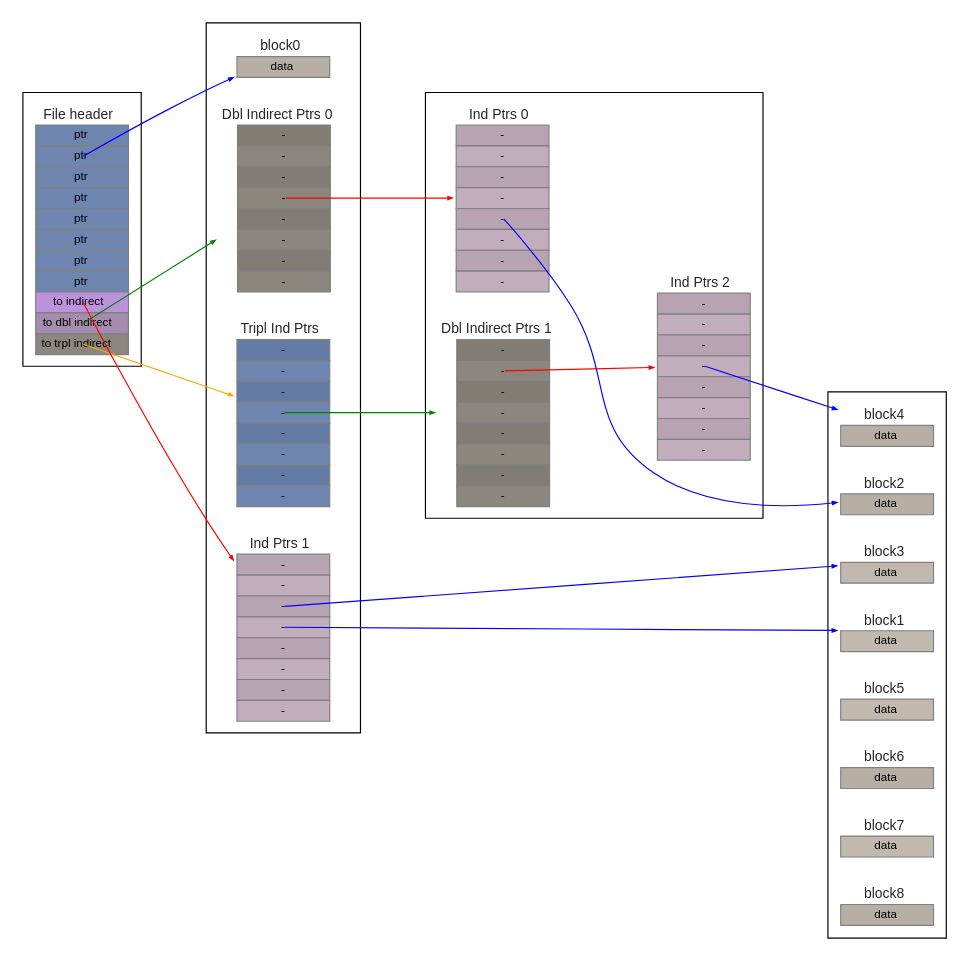
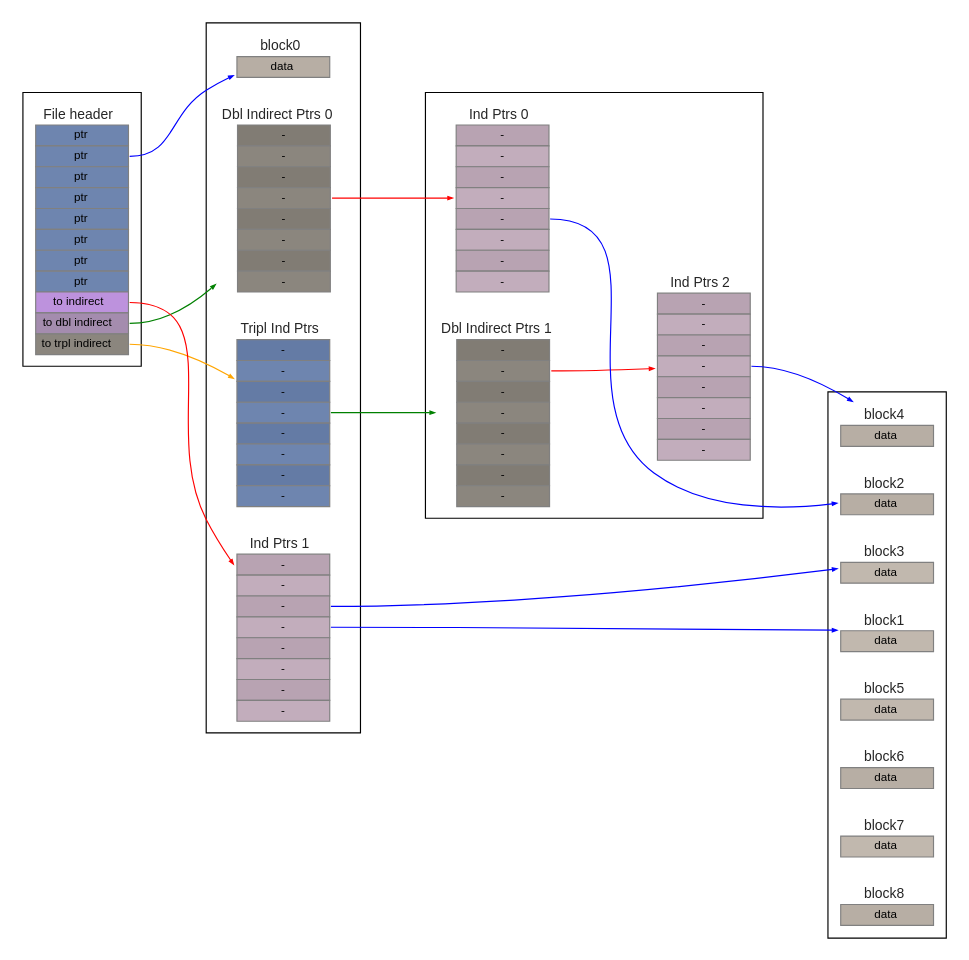
The diagram in memsim/memsim/diag/diagsample5.gv (pitosalas/public-131-samples), drawn with Graphviz before and after one commit. The commit also changed 3 other files, not shown here.

```diff
--- a/memsim/memsim/diag/diagsample5.gv
+++ b/memsim/memsim/diag/diagsample5.gv
@@ -2,17 +2,17 @@
 	graph [fontname=Helvetica rankdir=LR ranksep=1.0]
 	node [fontname=Helvetica fontsize=8 margin="0.04 0.04" shape=none width=0.4]
 	edge [arrowsize=0.4]
-	top:9:c -> dbox0 [color=green headclip=true tailclip=false]
-	top:10:c -> tbox0 [color=orange headclip=true tailclip=false]
-	dbox1:1:c -> ibox2 [color=red headclip=true tailclip=false]
-	tbox0:3:c -> dbox1 [color=green headclip=true tailclip=false]
-	top:8:c -> ibox1 [color=red headclip=true tailclip=false]
-	ibox0:4:c -> tiny2 [color=blue headclip=true tailclip=false]
-	ibox1:3:c -> tiny1 [color=blue headclip=true tailclip=false]
-	ibox1:2:c -> tiny3 [color=blue headclip=true tailclip=false]
-	ibox2:3:c -> tiny4 [color=blue headclip=true tailclip=false]
-	top:1:c -> tiny0 [color=blue headclip=true tailclip=false]
-	dbox0:3:c -> ibox0 [color=red headclip=true tailclip=false]
+	top:9 -> dbox0 [color=green headclip=true tailclip=false]
+	top:10 -> tbox0 [color=orange headclip=true tailclip=false]
+	dbox1:1 -> ibox2 [color=red headclip=true tailclip=false]
+	tbox0:3 -> dbox1 [color=green headclip=true tailclip=false]
+	top:8 -> ibox1 [color=red headclip=true tailclip=false]
+	ibox0:4 -> tiny2 [color=blue headclip=true tailclip=false]
+	ibox1:3 -> tiny1 [color=blue headclip=true tailclip=false]
+	ibox1:2 -> tiny3 [color=blue headclip=true tailclip=false]
+	ibox2:3 -> tiny4 [color=blue headclip=true tailclip=false]
+	top:1 -> tiny0 [color=blue headclip=true tailclip=false]
+	dbox0:3 -> ibox0 [color=red headclip=true tailclip=false]
 	subgraph cluster_first {
 		top [label=<<table border="0.1" cellborder="1" cellspacing="0"><TR><TD border="0.0" ><font face="helvetica" color="grey15" point-size="12">File header</font></TD></TR><tr><td align="text" color="grey" bgcolor="#6e85af" height="18" fixedsize="true" width="80" port="0"><font point-size="10">ptr</font></td></tr><tr><td align="text" color="grey" bgcolor="#6e85af" height="18" fixedsize="true" width="80" port="1"><font point-size="10">ptr</font></td></tr><tr><td align="text" color="grey" bgcolor="#6e85af" height="18" fixedsize="true" width="80" port="2"><font point-size="10">ptr</font></td></tr><tr><td align="text" color="grey" bgcolor="#6e85af" height="18" fixedsize="true" width="80" port="3"><font point-size="10">ptr</font></td></tr><tr><td align="text" color="grey" bgcolor="#6e85af" height="18" fixedsize="true" width="80" port="4"><font point-size="10">ptr</font></td></tr><tr><td align="text" color="grey" bgcolor="#6e85af" height="18" fixedsize="true" width="80" port="5"><font point-size="10">ptr</font></td></tr><tr><td align="text" color="grey" bgcolor="#6e85af" height="18" fixedsize="true" width="80" port="6"><font point-size="10">ptr</font></td></tr><tr><td align="text" color="grey" bgcolor="#6e85af" height="18" fixedsize="true" width="80" port="7"><font point-size="10">ptr</font></td></tr><tr><td align="text" color="grey" bgcolor="#bd92dd" height="18" fixedsize="true" width="80" port="8"><font point-size="10">to indirect</font></td></tr><tr><td align="text" color="grey" bgcolor="#a48cae" height="18" fixedsize="true" width="80" port="9"><font point-size="10">to dbl indirect</font></td></tr><tr><td align="text" color="grey" bgcolor="#8b867e" height="18" fixedsize="true" width="80" port="10"><font point-size="10">to trpl indirect</font></td></tr></table>>]
 		rank=sink
```
